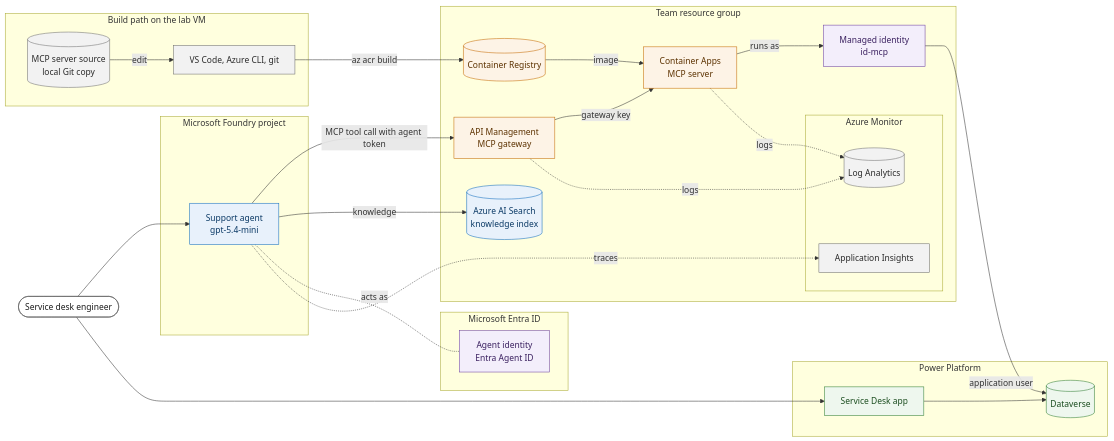
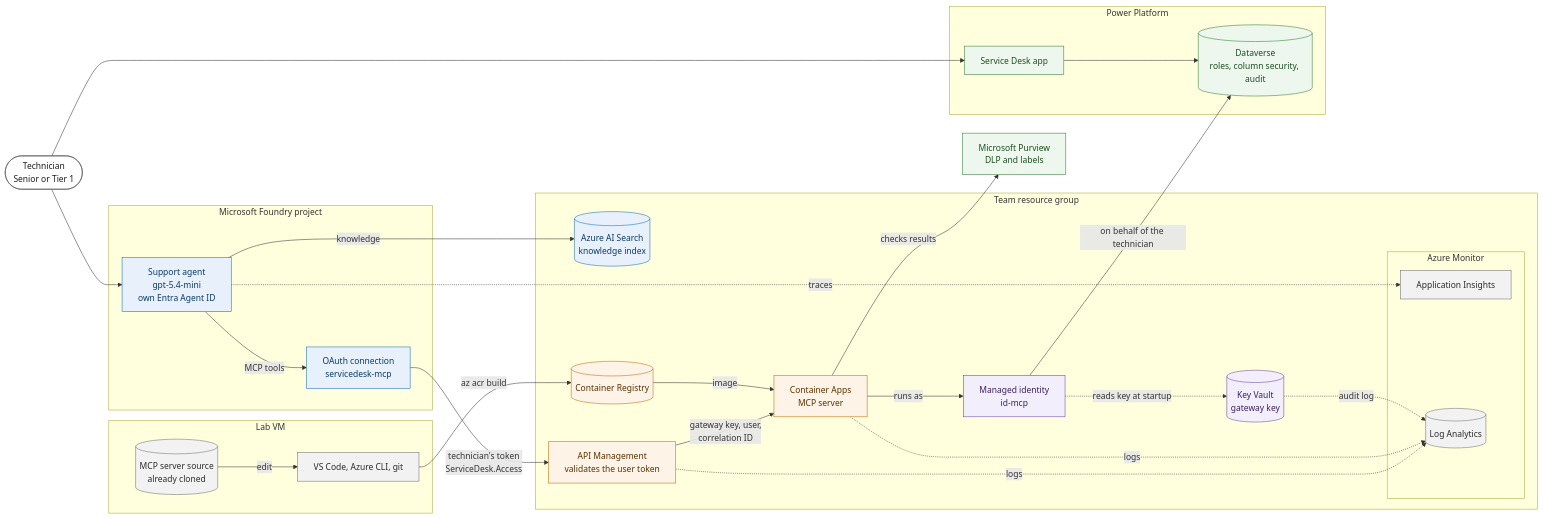
One commit to CloudLabsAI-Azure/Agentic-MSP-Support-Agent-Lab changed the diagram in Instructions/media/architecture.mmd. Above: the diagram before and after it, drawn with Mermaid. The commit also changed 77 other files, not shown here.

```diff
--- a/Instructions/media/architecture.mmd
+++ b/Instructions/media/architecture.mmd
@@ -1,61 +1,64 @@
 flowchart LR
-  engineer([Service desk engineer])
+  tech([Technician<br/>Senior or Tier 1])
 
   subgraph foundry[Microsoft Foundry project]
-    agent[Support agent<br/>gpt-5.4-mini]
-  end
-
-  subgraph entra[Microsoft Entra ID]
-    agentid[Agent identity<br/>Entra Agent ID]
+    agent[Support agent<br/>gpt-5.4-mini<br/>own Entra Agent ID]
+    conn[OAuth connection<br/>servicedesk-mcp]
   end
 
   subgraph azure[Team resource group]
-    apim[API Management<br/>MCP gateway]
     search[(Azure AI Search<br/>knowledge index)]
+    apim[API Management<br/>validates the user token]
     aca[Container Apps<br/>MCP server]
     mi[Managed identity<br/>id-mcp]
+    kv[(Key Vault<br/>gateway key)]
     acr[(Container Registry)]
     subgraph monitor[Azure Monitor]
       appi[Application Insights]
       law[(Log Analytics)]
     end
   end
 
-  subgraph build[Build path on the lab VM]
-    repo[(MCP server source<br/>local Git copy)]
+  subgraph power[Power Platform]
+    app[Service Desk app]
+    dv[(Dataverse<br/>roles, column security, audit)]
+  end
+
+  purview[Microsoft Purview<br/>DLP and labels]
+
+  subgraph build[Lab VM]
+    repo[(MCP server source<br/>already cloned)]
     tools[VS Code, Azure CLI, git]
   end
 
-  subgraph power[Power Platform]
-    app[Service Desk app]
-    dv[(Dataverse)]
-  end
-
-  engineer --> agent
-  engineer --> app
-  agent -->|MCP tool call with agent token| apim
+  tech --> agent
+  tech --> app
   agent -->|knowledge| search
-  agent -.-|acts as| agentid
-  apim -->|gateway key| aca
+  agent -->|MCP tools| conn
+  conn -->|technician's token<br/>ServiceDesk.Access| apim
+  apim -->|gateway key, user,<br/>correlation ID| aca
   aca -->|runs as| mi
-  mi -->|application user| dv
+  mi -.->|reads key at startup| kv
+  mi -->|on behalf of the technician| dv
+  aca -->|checks results| purview
   app --> dv
   repo -->|edit| tools
   tools -->|az acr build| acr
   acr -->|image| aca
   agent -.->|traces| appi
   apim -.->|logs| law
   aca -.->|logs| law
+  kv -.->|audit log| law
 
   classDef person fill:#ffffff,stroke:#5c5c5c,color:#1b1b1b
   classDef ai fill:#e8f1fb,stroke:#0f6cbd,color:#0b3a66
   classDef gate fill:#fdf3e6,stroke:#c46a00,color:#5c3200
   classDef data fill:#eef7ee,stroke:#2e7d32,color:#1b4d1f
   classDef identity fill:#f3eefb,stroke:#6b3fa0,color:#3b2160
   classDef ops fill:#f2f2f2,stroke:#6e6e6e,color:#2b2b2b
-  class engineer person
-  class agent,search ai
+  class tech person
+  class agent,search,conn ai
   class apim,aca,acr gate
-  class app,dv data
-  class agentid,mi identity
+  class app,dv,purview data
+  class mi,kv identity
   class appi,law,tools,repo ops
```
